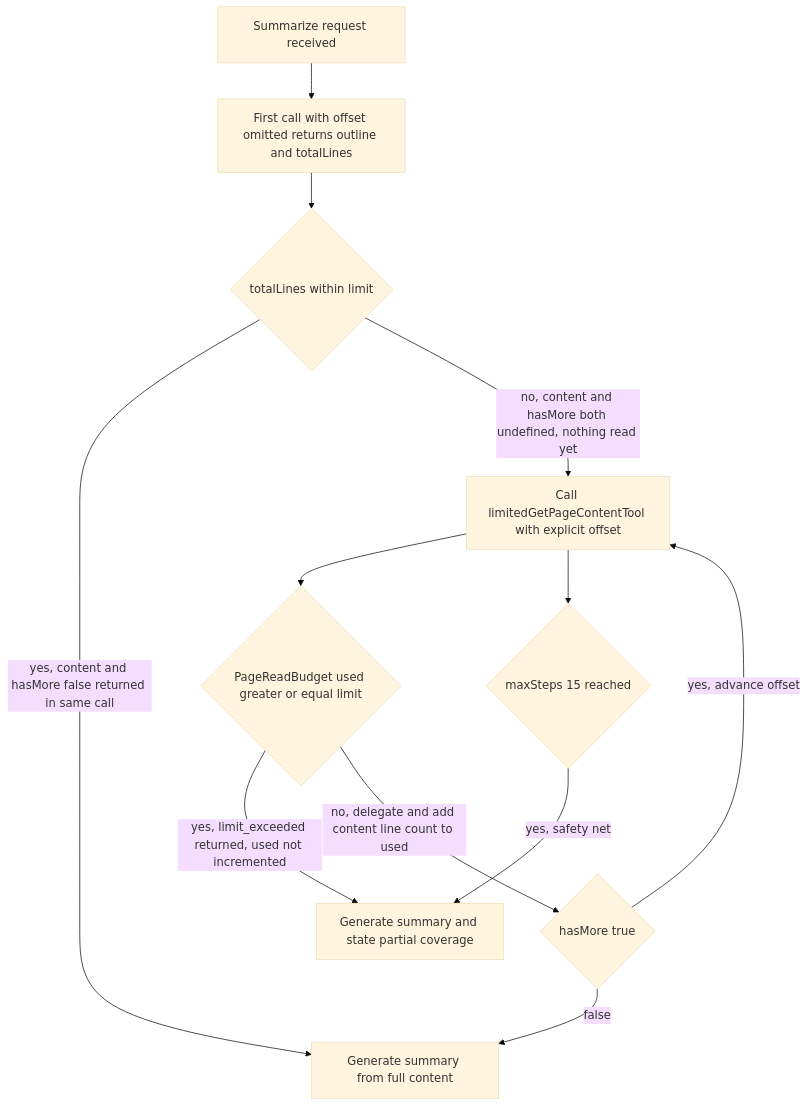
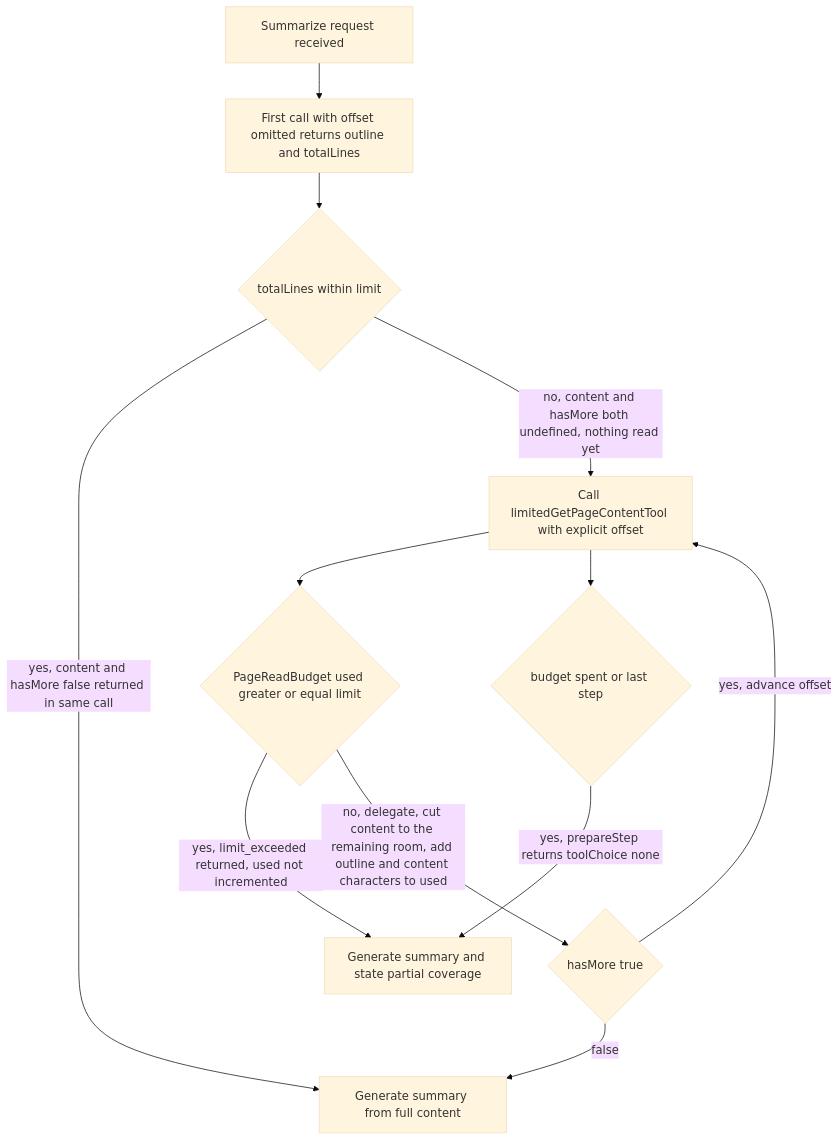
One commit to weseek/growi changed the third of 4 diagrams in .kiro/specs/ai-summarize/design.md. Above: the diagram before and after it, drawn with Mermaid (base theme). The commit also changed other lines of this file and 35 other files, not shown here.

````diff
--- a/.kiro/specs/ai-summarize/design.md
+++ b/.kiro/specs/ai-summarize/design.md
@@ -297,14 +274,14 @@
 ```mermaid
 flowchart TD
     Start[Summarize request received] --> Outline[First call with offset omitted returns outline and totalLines]
     Outline --> ShortPage{totalLines within limit}
     ShortPage -->|yes, content and hasMore false returned in same call| FullSummary
     ShortPage -->|no, content and hasMore both undefined, nothing read yet| Read[Call limitedGetPageContentTool with explicit offset]
     Read --> BudgetCheck{PageReadBudget used greater or equal limit}
     BudgetCheck -->|yes, limit_exceeded returned, used not incremented| PartialSummary[Generate summary and state partial coverage]
-    BudgetCheck -->|no, delegate and add content line count to used| HasMore{hasMore true}
+    BudgetCheck -->|no, delegate, cut content to the remaining room, add outline and content characters to used| HasMore{hasMore true}
     HasMore -->|yes, advance offset| Read
     HasMore -->|false| FullSummary[Generate summary from full content]
-    Read --> StepCap{maxSteps 15 reached}
-    StepCap -->|yes, safety net| PartialSummary
+    Read --> ToolGate{budget spent or last step}
+    ToolGate -->|yes, prepareStep returns toolChoice none| PartialSummary
 ```
````
